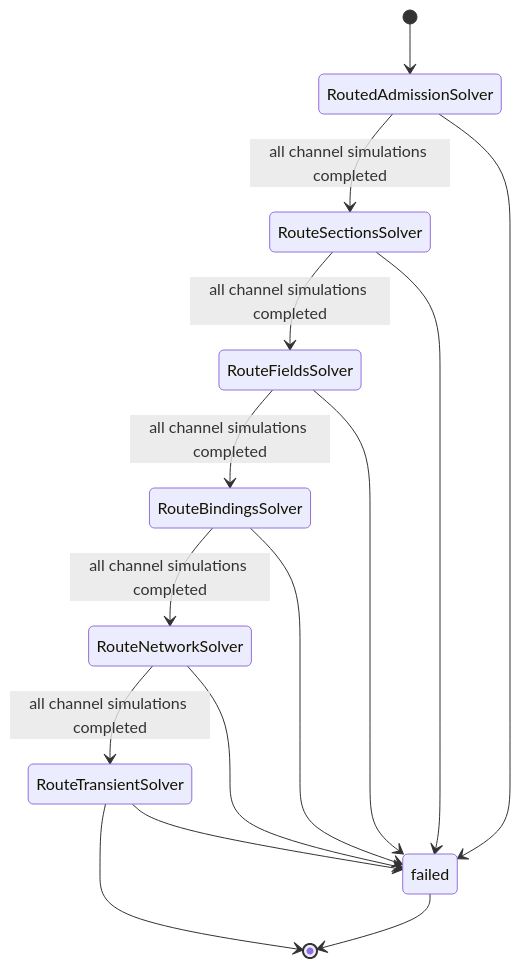
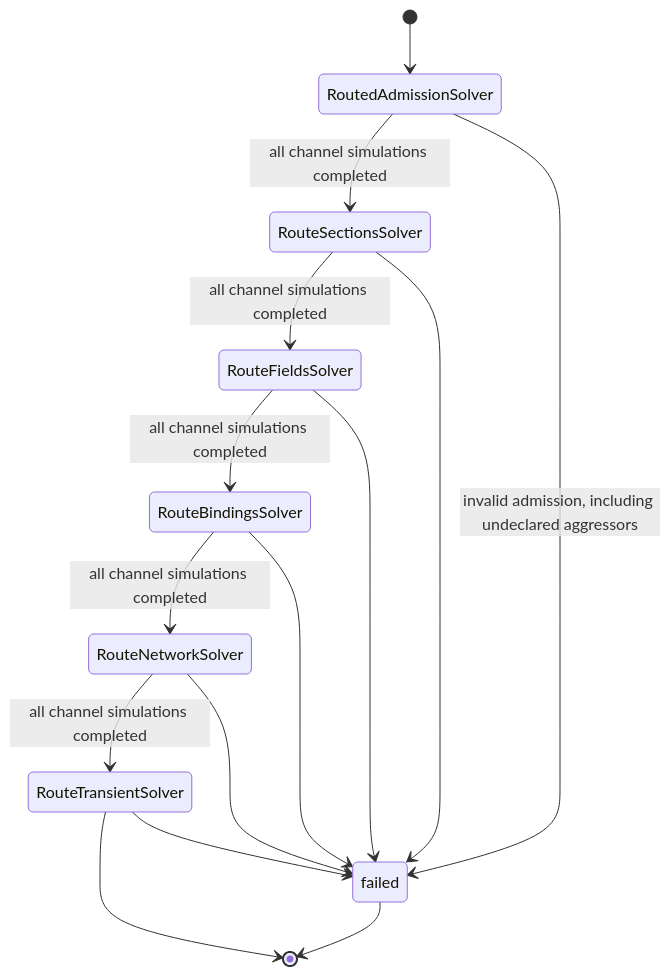
Before and after one commit to draarivpatel-ui/signal-integrity-pipeline: the fifth of 5 diagrams in docs/ARCHITECTURE.md, drawn with Mermaid. The commit also changed other lines of this file and 3 other files, not shown here.

````diff
--- a/docs/ARCHITECTURE.md
+++ b/docs/ARCHITECTURE.md
@@ -146,17 +146,17 @@
 ```mermaid
 stateDiagram-v2
   [*] --> RoutedAdmissionSolver
   RoutedAdmissionSolver --> RouteSectionsSolver: all channel simulations completed
   RouteSectionsSolver --> RouteFieldsSolver: all channel simulations completed
   RouteFieldsSolver --> RouteBindingsSolver: all channel simulations completed
   RouteBindingsSolver --> RouteNetworkSolver: all channel simulations completed
   RouteNetworkSolver --> RouteTransientSolver: all channel simulations completed
   RouteTransientSolver --> [*]
-  RoutedAdmissionSolver --> failed
+  RoutedAdmissionSolver --> failed: invalid admission, including undeclared aggressors
   RouteSectionsSolver --> failed
   RouteFieldsSolver --> failed
   RouteBindingsSolver --> failed
   RouteNetworkSolver --> failed
   RouteTransientSolver --> failed
   failed --> [*]
 ```
````
